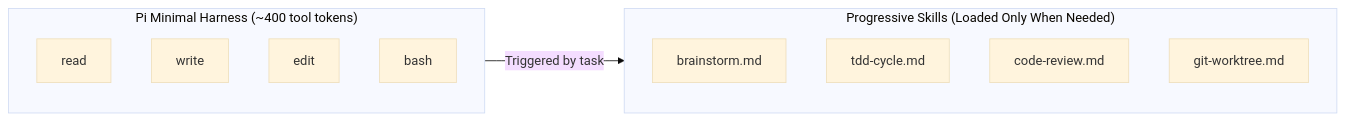
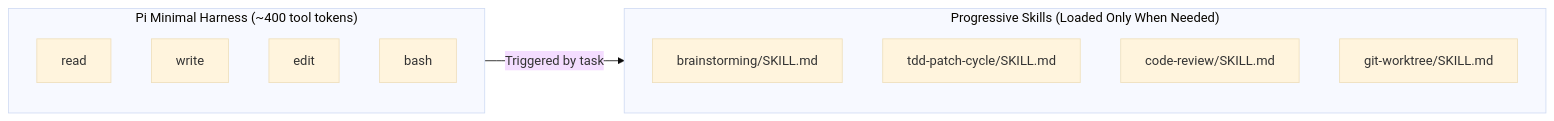
One commit to Amie-dev/FDE-and-GenAI-Mastery changed the first of 2 diagrams in Lecture 08 - Model Routing and Harness Velocity/notes/05_Pi_Harness_and_Superpowers_Composable_Workflows.md. Above: the diagram before and after it, drawn with Mermaid (base theme). The commit also changed other lines of this file and 92 other files, not shown here.

````diff
--- a/Lecture 08 - Model Routing and Harness Velocity/notes/05_Pi_Harness_and_Superpowers_Composable_Workflows.md
+++ b/Lecture 08 - Model Routing and Harness Velocity/notes/05_Pi_Harness_and_Superpowers_Composable_Workflows.md
@@ -39,16 +40,16 @@
 ```mermaid
 flowchart LR
     subgraph Minimal_Core["Pi Minimal Harness (~400 tool tokens)"]
         T1["read"]
         T2["write"]
         T3["edit"]
         T4["bash"]
     end
     subgraph On_Demand["Progressive Skills (Loaded Only When Needed)"]
-        S1["brainstorm.md"]
-        S2["tdd-cycle.md"]
-        S3["code-review.md"]
-        S4["git-worktree.md"]
+        S1["brainstorming/SKILL.md"]
+        S2["tdd-patch-cycle/SKILL.md"]
+        S3["code-review/SKILL.md"]
+        S4["git-worktree/SKILL.md"]
     end
     Minimal_Core -->|"Triggered by task"| On_Demand
 ```
````
